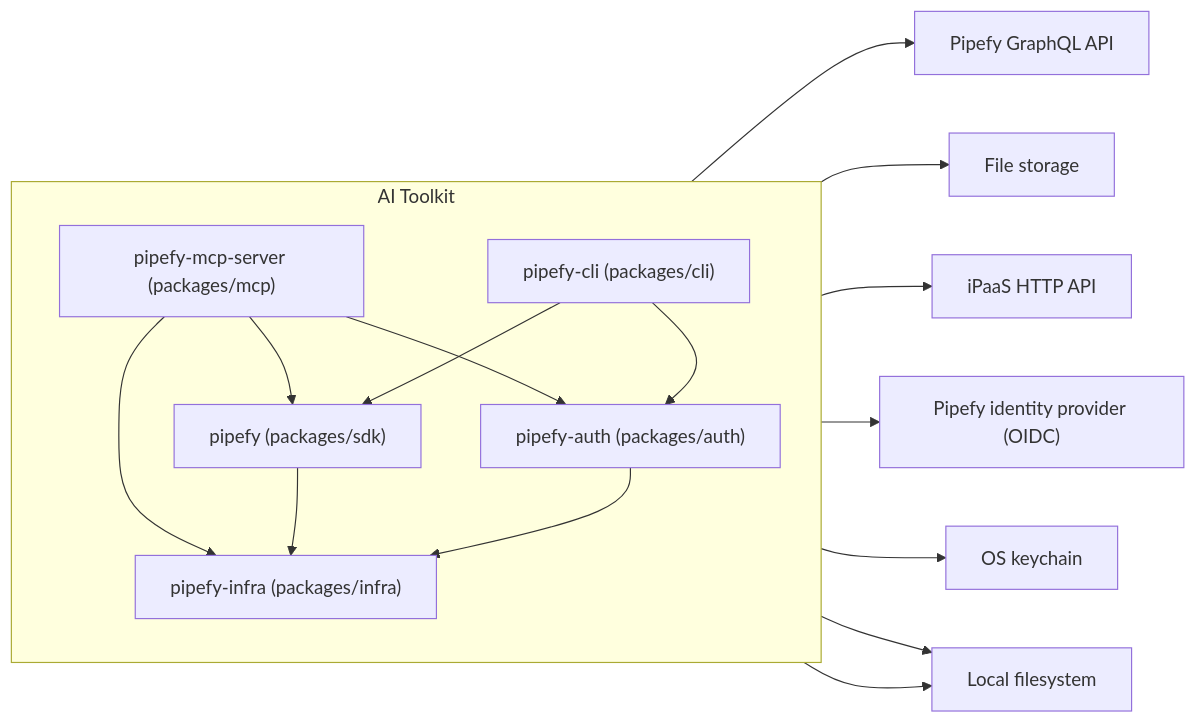
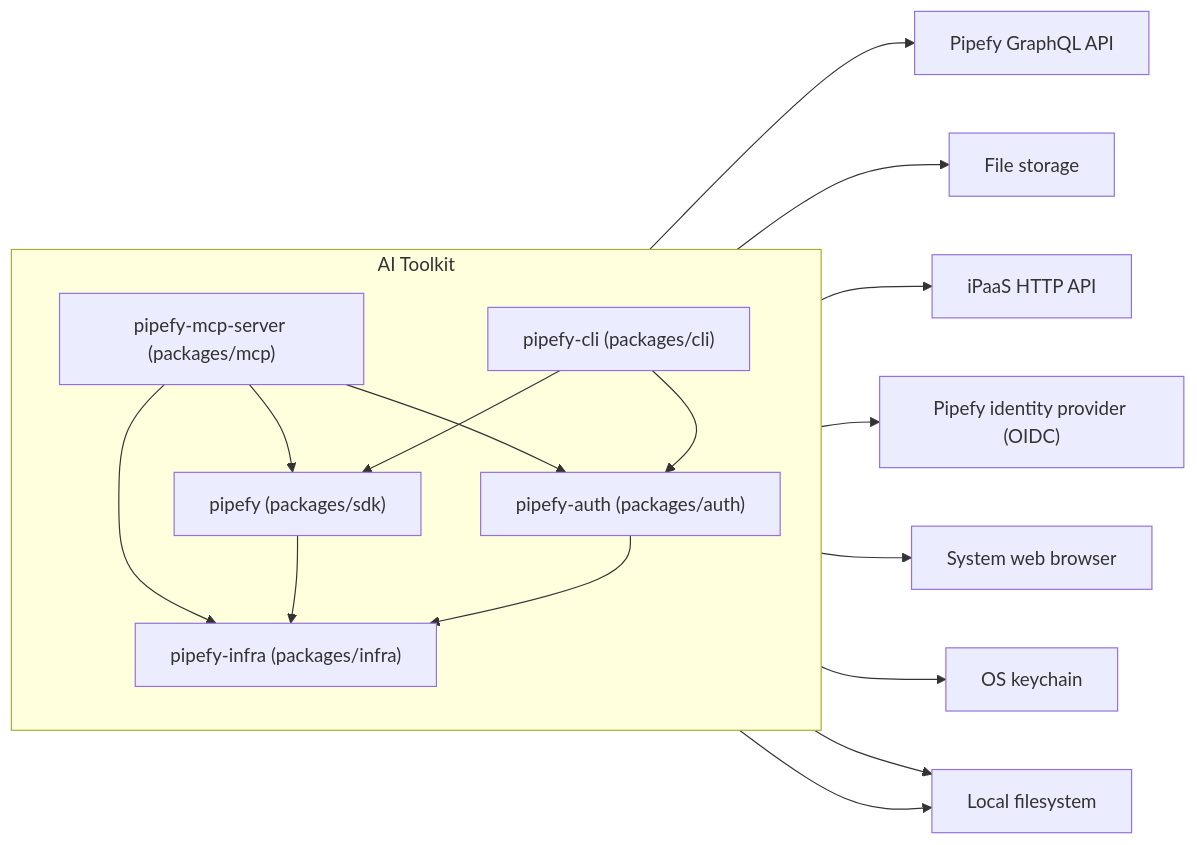
Before and after one commit to gbrlcustodio/pipefy-mcp-server: the second of 2 diagrams in docs/contributing/architecture.md, drawn with Mermaid. The commit also changed other lines of this file, not shown here.

First line of the commit message:
docs: draw the browser that carries a login

````diff
--- a/docs/contributing/architecture.md
+++ b/docs/contributing/architecture.md
@@ -179,27 +181,28 @@
 ```mermaid
 flowchart LR
     subgraph toolkit["AI Toolkit"]
         direction TB
         mcp["pipefy-mcp-server (packages/mcp)"]
         cli["pipefy-cli (packages/cli)"]
         sdk["pipefy (packages/sdk)"]
         auth["pipefy-auth (packages/auth)"]
         infra["pipefy-infra (packages/infra)"]
 
         mcp --> sdk
         mcp --> auth
         mcp --> infra
         cli --> sdk
         cli --> auth
         sdk --> infra
         auth --> infra
     end
 
     sdk --> graphql["Pipefy GraphQL API"]
     sdk --> storage["File storage"]
     mcp --> ipaas["iPaaS HTTP API"]
     auth --> idp["Pipefy identity provider (OIDC)"]
+    auth --> browser["System web browser"]
     auth --> keychain["OS keychain"]
     auth --> files["Local filesystem"]
     infra --> files
 ```
````
